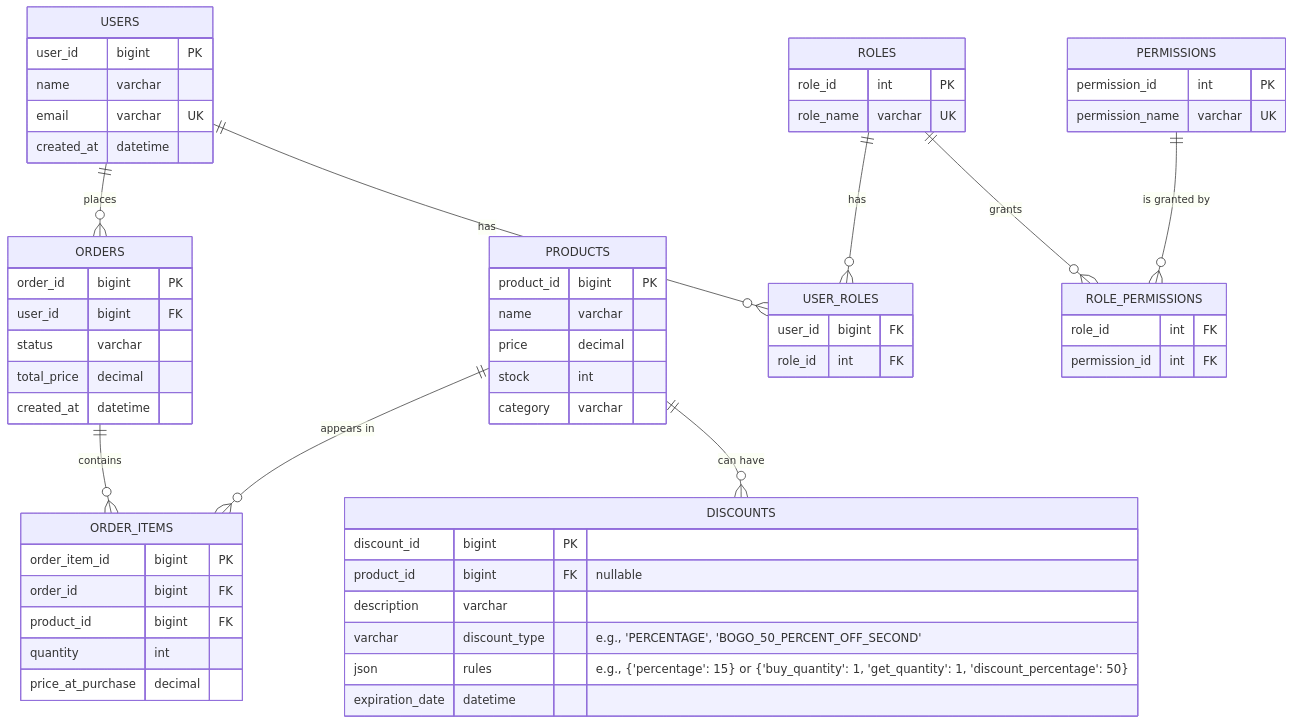
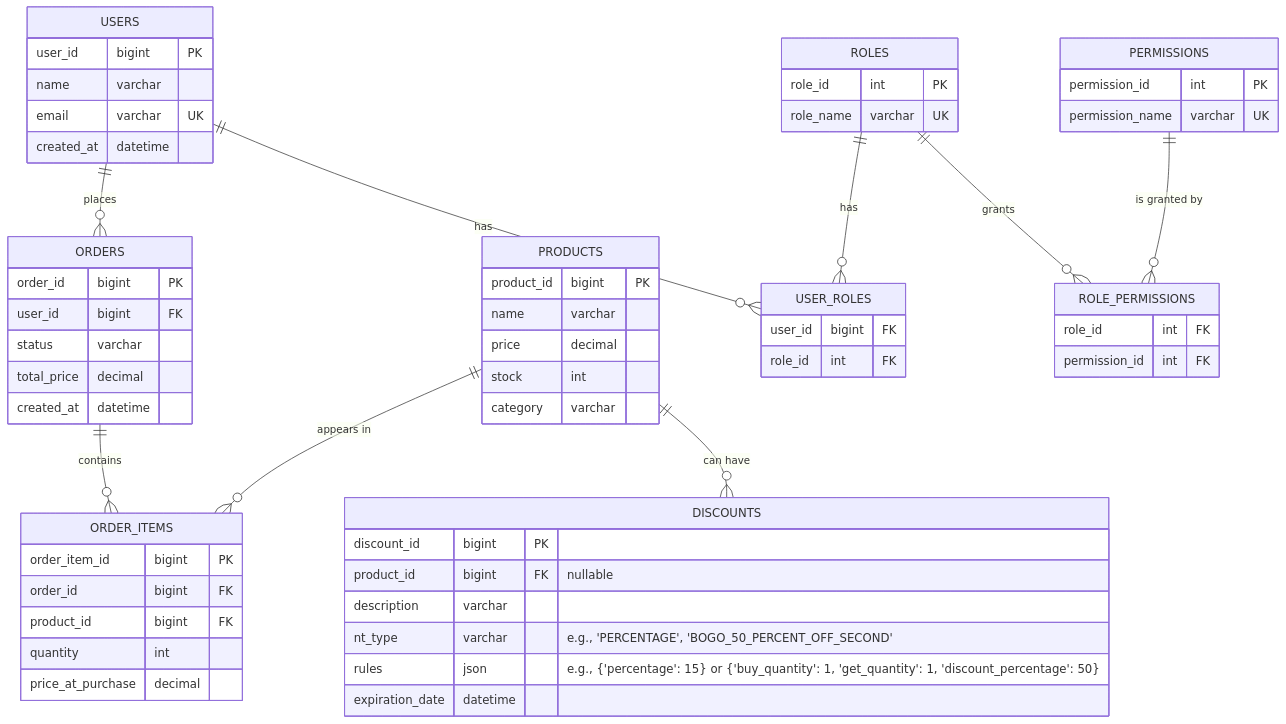
One commit to ngaikkeung/electronic-store-checkout-backend changed the diagram in degisn/diagram/er_diagram.mmd. Above: the diagram before and after it, drawn with Mermaid. The commit also changed 2 other files, not shown here.

Commit message:
Update diagram

```diff
--- a/degisn/diagram/er_diagram.mmd
+++ b/degisn/diagram/er_diagram.mmd
@@ -1,71 +1,71 @@
 erDiagram
     USERS {
         user_id bigint PK
         name varchar
         email varchar UK
         created_at datetime
     }
 
     ROLES {
         role_id int PK
         role_name varchar UK
     }
 
     PERMISSIONS {
         permission_id int PK
         permission_name varchar UK
     }
 
     PRODUCTS {
         product_id bigint PK
         name varchar
         price decimal
         stock int
         category varchar
     }
 
     DISCOUNTS {
         discount_id bigint PK
         product_id bigint FK "nullable"
         description varchar
-        varchar discount_type "e.g., 'PERCENTAGE', 'BOGO_50_PERCENT_OFF_SECOND'"
-        json rules "e.g., {'percentage': 15} or {'buy_quantity': 1, 'get_quantity': 1, 'discount_percentage': 50}"
+        nt_type varchar "e.g., 'PERCENTAGE', 'BOGO_50_PERCENT_OFF_SECOND'"
+        rules json "e.g., {'percentage': 15} or {'buy_quantity': 1, 'get_quantity': 1, 'discount_percentage': 50}"
         expiration_date datetime
     }
 
     ORDERS {
         order_id bigint PK
         user_id bigint FK
         status varchar
         total_price decimal
         created_at datetime
     }
 
     ORDER_ITEMS {
         order_item_id bigint PK
         order_id bigint FK
         product_id bigint FK
         quantity int
         price_at_purchase decimal
     }
 
     %% --- Join Tables for Many-to-Many Relationships ---
     USER_ROLES {
         user_id bigint FK
         role_id int FK
     }
 
     ROLE_PERMISSIONS {
         role_id int FK
         permission_id int FK
     }
 
     %% --- Relationships ---
     USERS ||--o{ USER_ROLES : "has"
     ROLES ||--o{ USER_ROLES : "has"
     ROLES ||--o{ ROLE_PERMISSIONS : "grants"
     PERMISSIONS ||--o{ ROLE_PERMISSIONS : "is granted by"
     USERS ||--o{ ORDERS : "places"
     ORDERS ||--o{ ORDER_ITEMS : "contains"
     PRODUCTS ||--o{ ORDER_ITEMS : "appears in"
     PRODUCTS ||--o{ DISCOUNTS : "can have"
```
